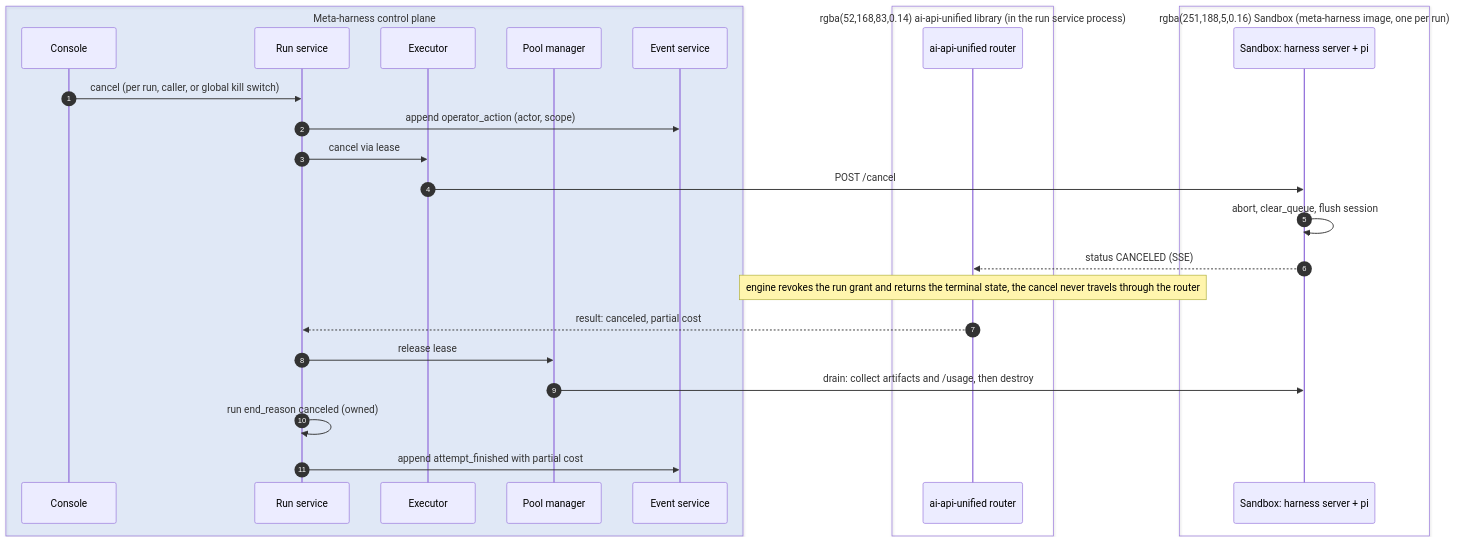
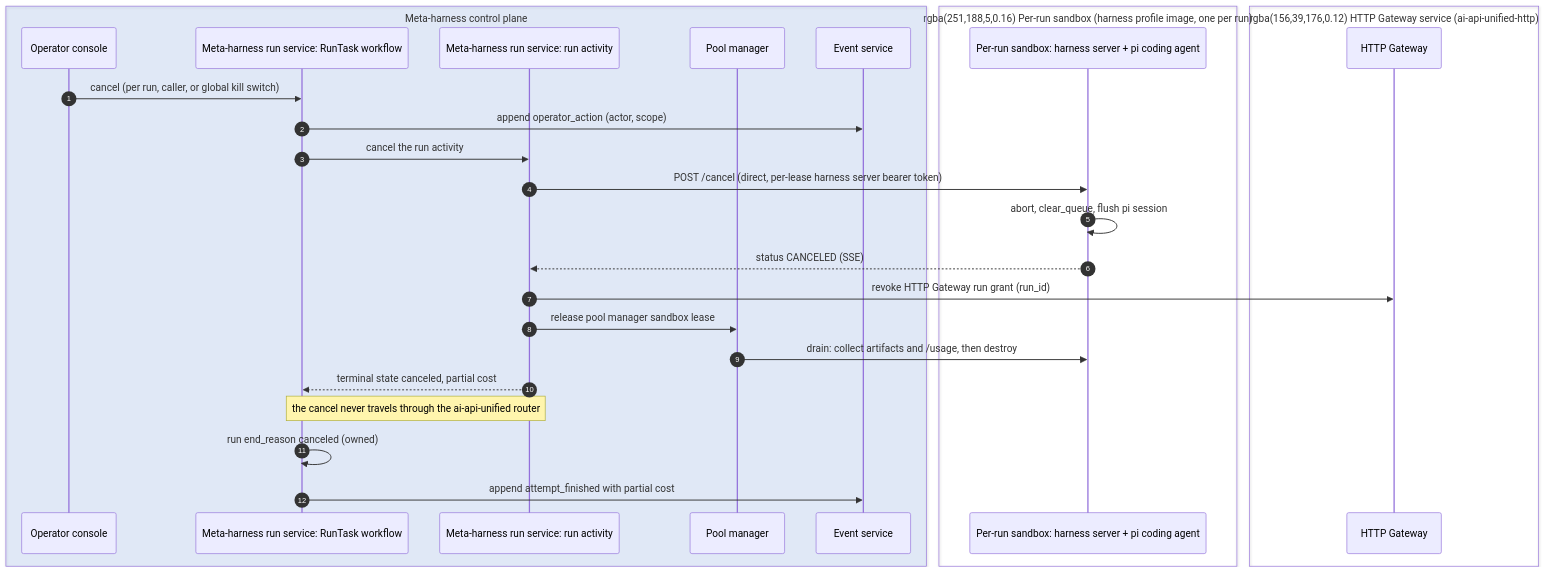
The tenth of 12 diagrams in docs/technical-design.md (davecthomas/meta-harness), drawn with Mermaid before and after one commit. The commit also changed other lines of this file, not shown here.

First line of the commit message:
docs/technical-design: run loop in the RunTask workflow, component labels, slop pass (#11)

````diff
--- a/docs/technical-design.md
+++ b/docs/technical-design.md
@@ -1115,30 +1293,31 @@
 ```mermaid
 sequenceDiagram
     autonumber
     box rgba(66,135,245,0.12) Meta-harness control plane
-    participant CON as Console
-    participant W as Run service
-    participant EX as Executor
+    participant CON as Operator console
+    participant W as Meta-harness run service: RunTask workflow
+    participant A as Meta-harness run service: run activity
     participant PM as Pool manager
     participant EV as Event service
     end
-    box rgba(52,168,83,0.14) ai-api-unified library (in the run service process)
-    participant R as ai-api-unified router
+    box rgba(251,188,5,0.16) Per-run sandbox (harness profile image, one per run)
+    participant SB as Per-run sandbox: harness server + pi coding agent
     end
-    box rgba(251,188,5,0.16) Sandbox (meta-harness image, one per run)
-    participant SB as Sandbox: harness server + pi
+    box rgba(156,39,176,0.12) HTTP Gateway service (ai-api-unified-http)
+    participant GW as HTTP Gateway
     end
 
     CON->>W: cancel (per run, caller, or global kill switch)
     W->>EV: append operator_action (actor, scope)
-    W->>EX: cancel via lease
-    EX->>SB: POST /cancel
-    SB->>SB: abort, clear_queue, flush session
-    SB-->>R: status CANCELED (SSE)
-    Note over R: engine revokes the run grant and returns the terminal state, the cancel never travels through the router
-    R-->>W: result: canceled, partial cost
-    W->>PM: release lease
+    W->>A: cancel the run activity
+    A->>SB: POST /cancel (direct, per-lease harness server bearer token)
+    SB->>SB: abort, clear_queue, flush pi session
+    SB-->>A: status CANCELED (SSE)
+    A->>GW: revoke HTTP Gateway run grant (run_id)
+    A->>PM: release pool manager sandbox lease
     PM->>SB: drain: collect artifacts and /usage, then destroy
+    A-->>W: terminal state canceled, partial cost
+    Note over W,A: the cancel never travels through the ai-api-unified router
     W->>W: run end_reason canceled (owned)
     W->>EV: append attempt_finished with partial cost
 ```
````
